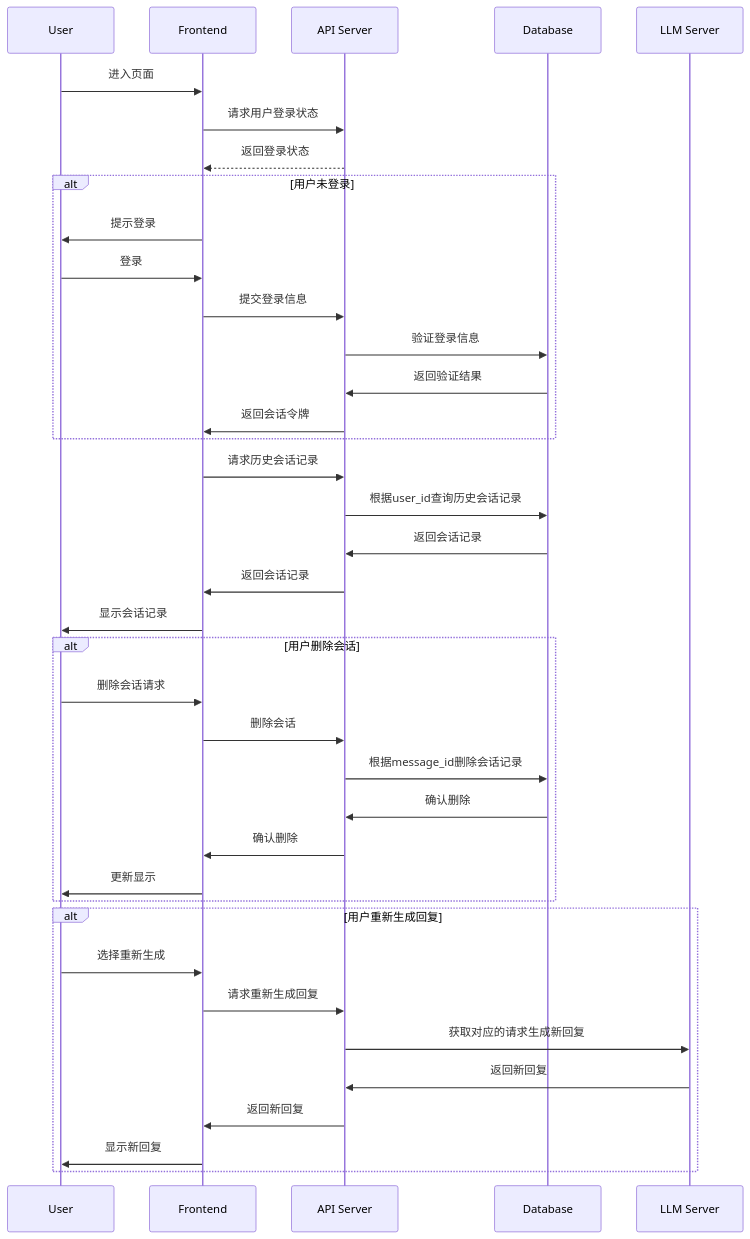
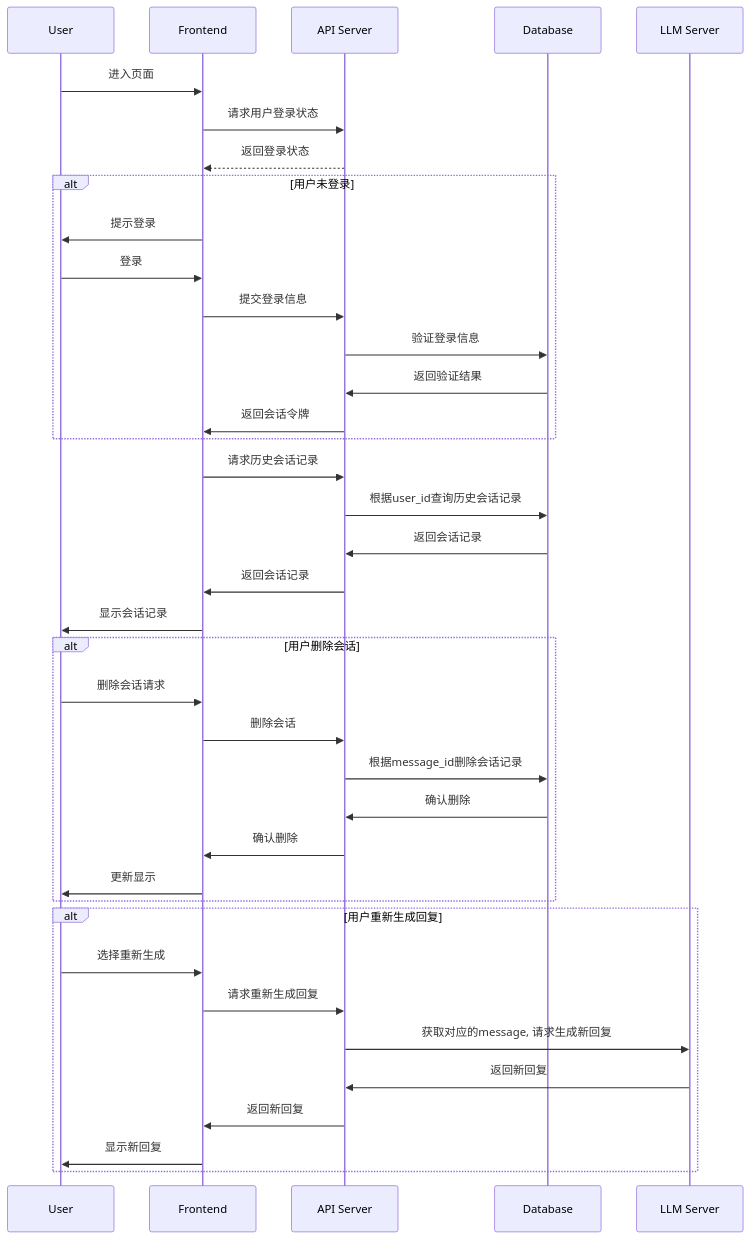
One commit to yingjianzh/iodraw-files changed the diagram in all/未命名-7.md. Above: the diagram before and after it, drawn with Mermaid.

Commit message:
2024-10-08 16:53:34 update

````diff
--- a/all/未命名-7.md
+++ b/all/未命名-7.md
@@ -1,46 +1,46 @@
 ```mermaid
 sequenceDiagram
     participant User
     participant Frontend
     participant API Server
     participant Database
 
     User->>Frontend: 进入页面
     Frontend->>API Server: 请求用户登录状态
     API Server-->>Frontend: 返回登录状态
     alt 用户未登录
         Frontend->>User: 提示登录
         User->>Frontend: 登录
         Frontend->>API Server: 提交登录信息
         API Server->>Database: 验证登录信息
         Database->>API Server: 返回验证结果
         API Server->>Frontend: 返回会话令牌
     end
 
     Frontend->>API Server: 请求历史会话记录
     API Server->>Database: 根据user_id查询历史会话记录
     Database->>API Server: 返回会话记录
     API Server->>Frontend: 返回会话记录
     Frontend->>User: 显示会话记录
 
     alt 用户删除会话
         User->>Frontend: 删除会话请求
         Frontend->>API Server: 删除会话
         API Server->>Database: 根据message_id删除会话记录
         Database->>API Server: 确认删除
         API Server->>Frontend: 确认删除
         Frontend->>User: 更新显示
     end
 
     alt 用户重新生成回复
         User->>Frontend: 选择重新生成
         Frontend->>API Server: 请求重新生成回复
-        API Server->>LLM Server: 获取对应的请求生成新回复
+        API Server->>LLM Server: 获取对应的message, 请求生成新回复
         LLM Server->>API Server: 返回新回复
         API Server->>Frontend: 返回新回复
         Frontend->>User: 显示新回复
     end
 
     
 
 ```
````
